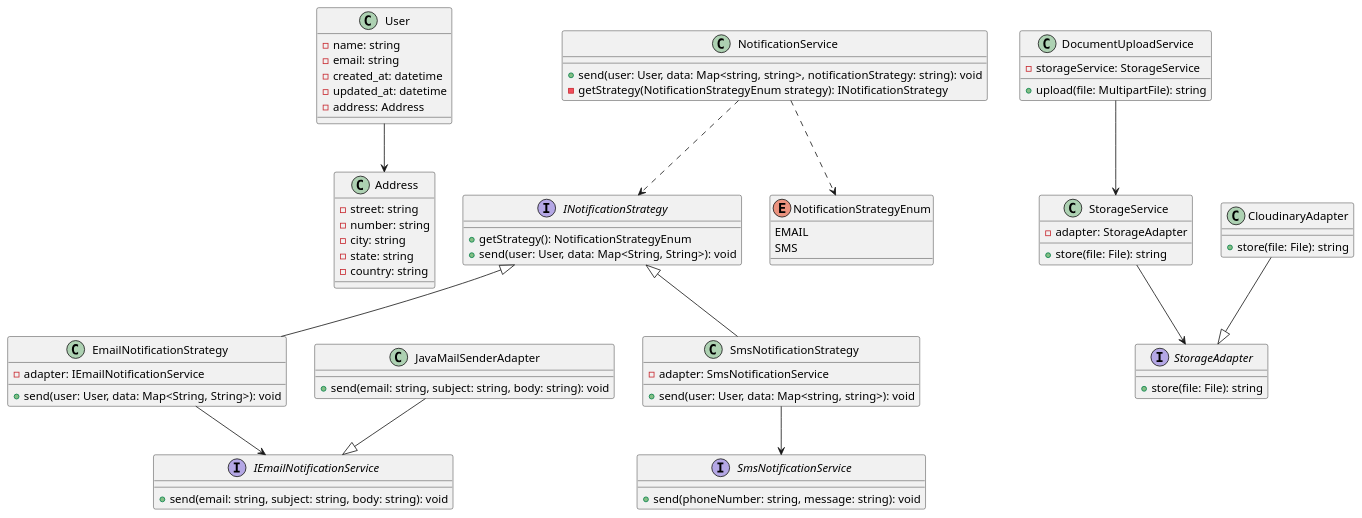
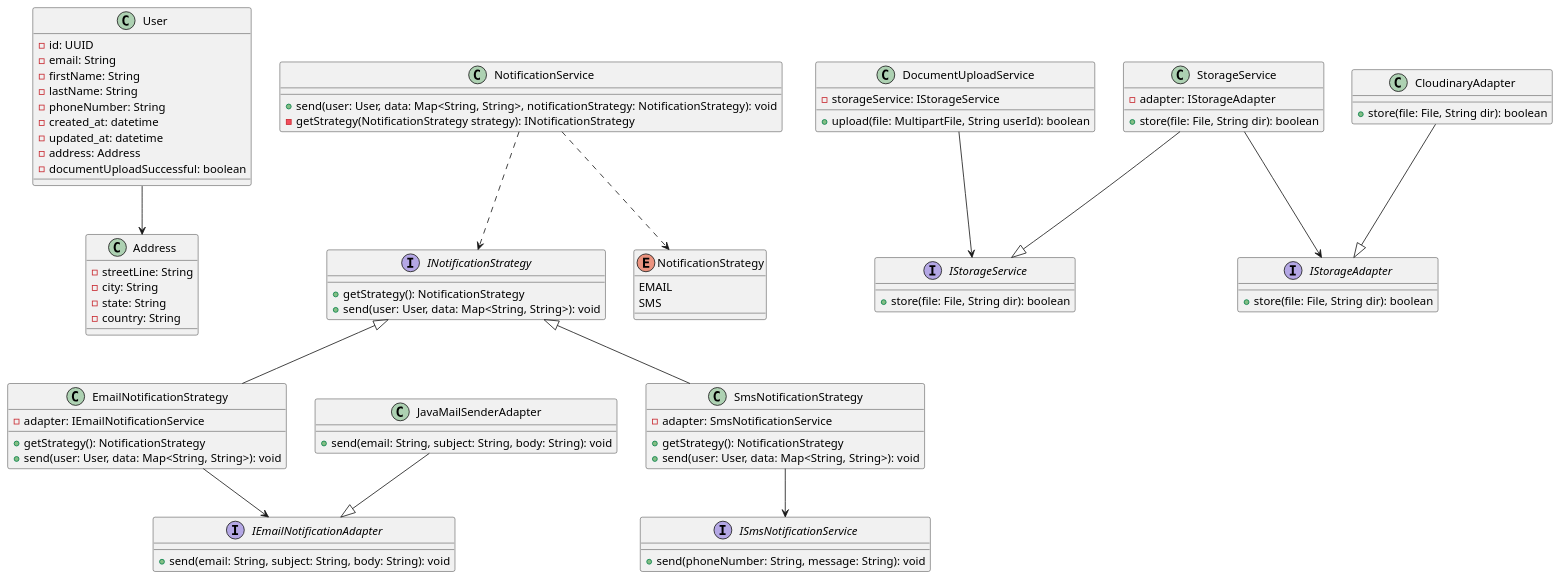
The diagram in documentation/class_diagram.puml (juavazquez/lightit-challenge), drawn with PlantUML before and after one commit. The commit also changed 16 other files, not shown here.

Commit message:
[docker] add docker compose - [phone number] add phone number validator

```diff
--- a/documentation/class_diagram.puml
+++ b/documentation/class_diagram.puml
@@ -1,86 +1,96 @@
 @startuml class_diagram
 
 class User {
-    - name: string
-    - email: string
+    - id: UUID
+    - email: String
+    - firstName: String
+    - lastName: String
+    - phoneNumber: String
     - created_at: datetime
     - updated_at: datetime
     - address: Address
+    - documentUploadSuccessful: boolean
 }
 User --> Address
 
 class Address {
-    - street: string
-    - number: string
-    - city: string
-    - state: string
-    - country: string
+    - streetLine: String
+    - city: String
+    - state: String
+    - country: String
 }
 
 class NotificationService {
-    + send(user: User, data: Map<string, string>, notificationStrategy: string): void
-    - getStrategy(NotificationStrategyEnum strategy): INotificationStrategy
+    + send(user: User, data: Map<String, String>, notificationStrategy: NotificationStrategy): void
+    - getStrategy(NotificationStrategy strategy): INotificationStrategy
 }
 NotificationService ..> INotificationStrategy
-NotificationService ..> NotificationStrategyEnum
+NotificationService ..> NotificationStrategy
 
-enum NotificationStrategyEnum {
+enum NotificationStrategy {
     EMAIL
     SMS
 }
 
 interface INotificationStrategy {
-    + getStrategy(): NotificationStrategyEnum
+    + getStrategy(): NotificationStrategy
     + send(user: User, data: Map<String, String>): void
 }
 INotificationStrategy <|-- EmailNotificationStrategy
 INotificationStrategy <|-- SmsNotificationStrategy
 
 class EmailNotificationStrategy {
     - adapter: IEmailNotificationService
+    + getStrategy(): NotificationStrategy
     + send(user: User, data: Map<String, String>): void
 }
-EmailNotificationStrategy --> IEmailNotificationService
+EmailNotificationStrategy --> IEmailNotificationAdapter
 
 class JavaMailSenderAdapter {
-    + send(email: string, subject: string, body: string): void
+    + send(email: String, subject: String, body: String): void
 }
-JavaMailSenderAdapter --|> IEmailNotificationService
+JavaMailSenderAdapter --|> IEmailNotificationAdapter
 
-interface IEmailNotificationService {
-    + send(email: string, subject: string, body: string): void
+interface IEmailNotificationAdapter{
+    + send(email: String, subject: String, body: String): void
 }
 
 class SmsNotificationStrategy {
     - adapter: SmsNotificationService
-    + send(user: User, data: Map<string, string>): void
+    + getStrategy(): NotificationStrategy
+    + send(user: User, data: Map<String, String>): void
 }
-SmsNotificationStrategy --> SmsNotificationService
+SmsNotificationStrategy --> ISmsNotificationService
 
-interface SmsNotificationService {
-    + send(phoneNumber: string, message: string): void
+interface ISmsNotificationService {
+    + send(phoneNumber: String, message: String): void
 }
 
 class DocumentUploadService {
-    - storageService: StorageService
-    + upload(file: MultipartFile): string
+    - storageService: IStorageService
+    + upload(file: MultipartFile, String userId): boolean
 }
-DocumentUploadService --> StorageService
+DocumentUploadService --> IStorageService
+
+interface IStorageService {
+    + store(file: File, String dir): boolean
+}
 
 class StorageService {
-    - adapter: StorageAdapter
-    + store(file: File): string
+    - adapter: IStorageAdapter
+    + store(file: File, String dir): boolean
 }
-StorageService --> StorageAdapter
+StorageService --> IStorageAdapter
+StorageService --|> IStorageService
 
-interface StorageAdapter {
-    + store(file: File): string
+interface IStorageAdapter {
+    + store(file: File, String dir): boolean
 }
 
 class CloudinaryAdapter {
-    + store(file: File): string
+    + store(file: File, String dir): boolean
 }
-CloudinaryAdapter --|> StorageAdapter
+CloudinaryAdapter --|> IStorageAdapter
 
 
 @enduml
```
